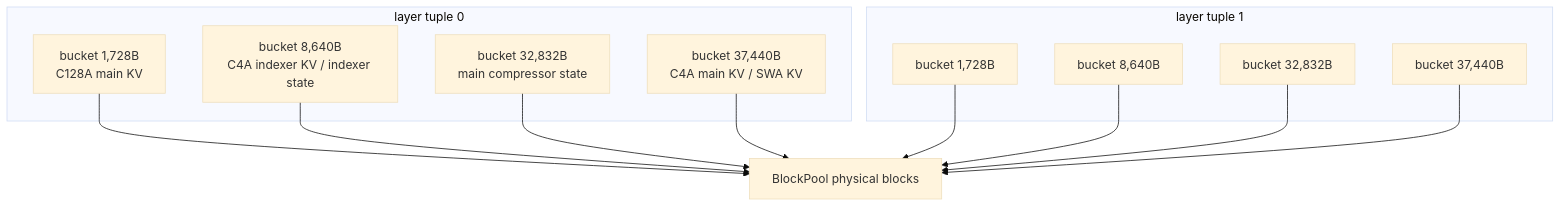
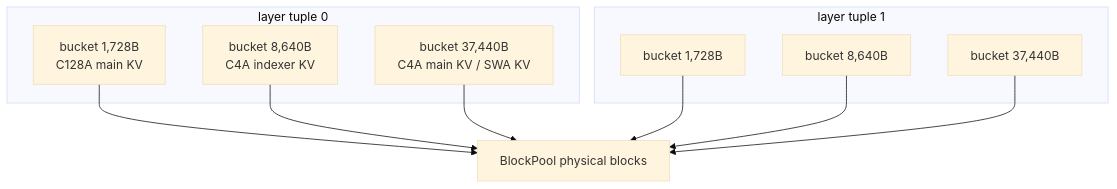
The second of 6 diagrams in docs/deepseek-v4-kvcache-decode-scheme-zh.md (bigboywwn/AI_coding), drawn with Mermaid (base theme) before and after one commit. The commit also changed other lines of this file, not shown here.

Commit message:
docs: clarify DeepSeek V4 compressor state cache

````diff
--- a/docs/deepseek-v4-kvcache-decode-scheme-zh.md
+++ b/docs/deepseek-v4-kvcache-decode-scheme-zh.md
@@ -183,25 +212,21 @@
 ```mermaid
 flowchart TB
     subgraph T0["layer tuple 0"]
         P1["bucket 1,728B\nC128A main KV"]
-        P2["bucket 8,640B\nC4A indexer KV / indexer state"]
-        P3["bucket 32,832B\nmain compressor state"]
-        P4["bucket 37,440B\nC4A main KV / SWA KV"]
+        P2["bucket 8,640B\nC4A indexer KV"]
+        P3["bucket 37,440B\nC4A main KV / SWA KV"]
     end
 
     subgraph T1["layer tuple 1"]
         Q1["bucket 1,728B"]
         Q2["bucket 8,640B"]
-        Q3["bucket 32,832B"]
-        Q4["bucket 37,440B"]
+        Q3["bucket 37,440B"]
     end
 
     P1 --> B["BlockPool physical blocks"]
     P2 --> B
     P3 --> B
-    P4 --> B
     Q1 --> B
     Q2 --> B
     Q3 --> B
-    Q4 --> B
 ```
````
